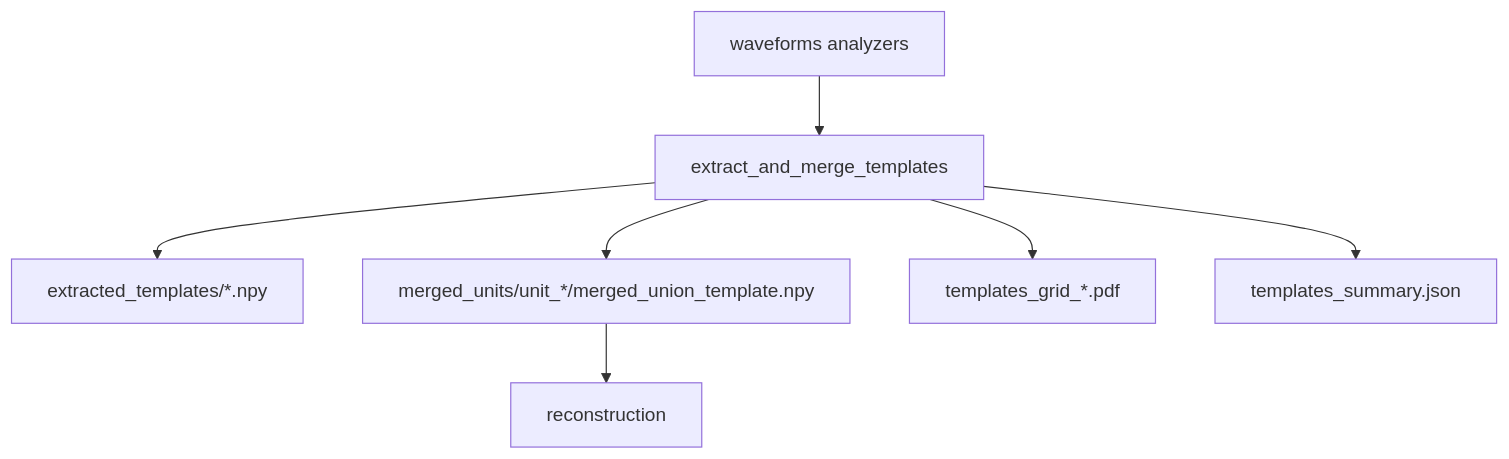
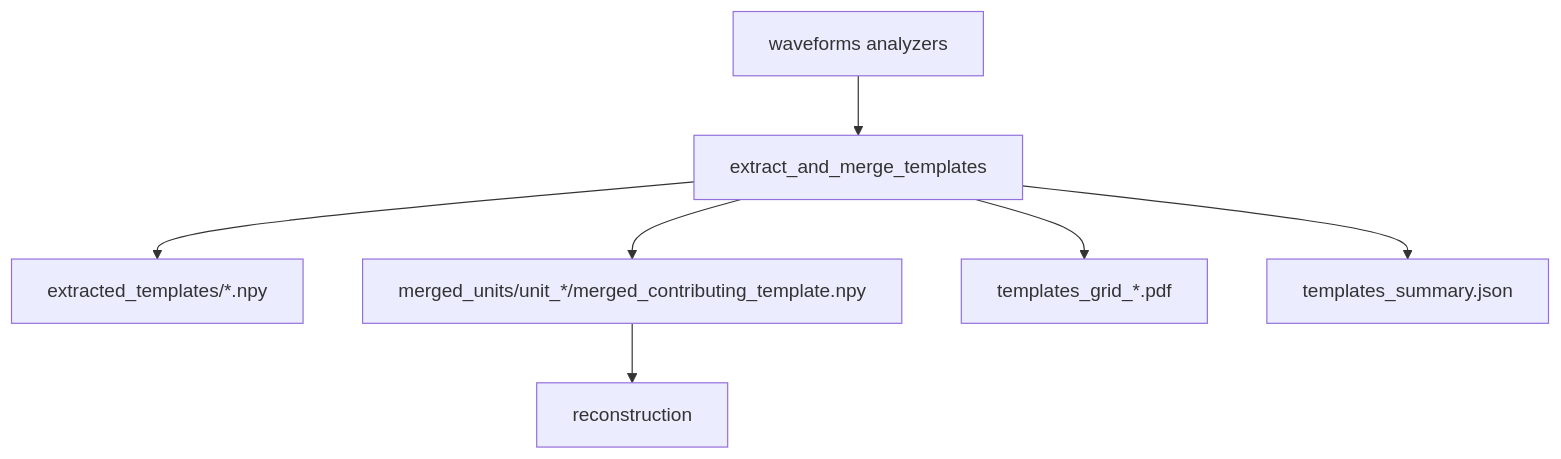
Before and after one commit to adamwea/axon_reconstructor: the diagram in src/axon_reconstructor/pipeline/templates/README.md, drawn with Mermaid. The commit also changed other lines of this file and 21 other files, not shown here.

````diff
--- a/src/axon_reconstructor/pipeline/templates/README.md
+++ b/src/axon_reconstructor/pipeline/templates/README.md
@@ -101,9 +102,9 @@
 ```mermaid
 flowchart TD
   A[waveforms analyzers] --> B[extract_and_merge_templates]
   B --> C[extracted_templates/*.npy]
-  B --> D[merged_units/unit_*/merged_union_template.npy]
+  B --> D[merged_units/unit_*/merged_contributing_template.npy]
   B --> E[templates_grid_*.pdf]
   B --> F[templates_summary.json]
   D --> G[reconstruction]
 ```
````
